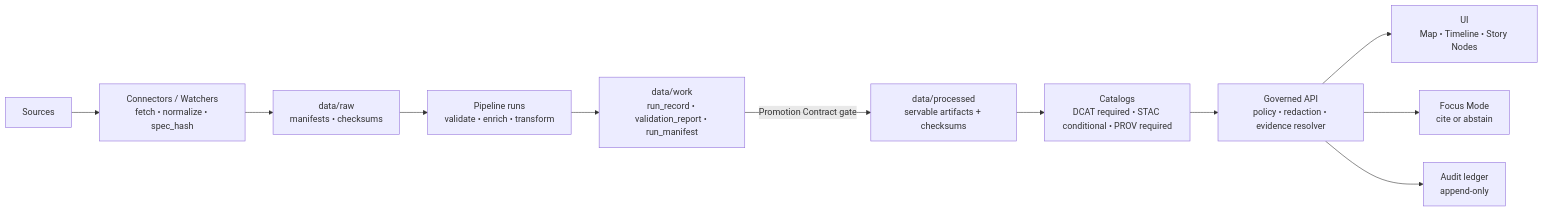
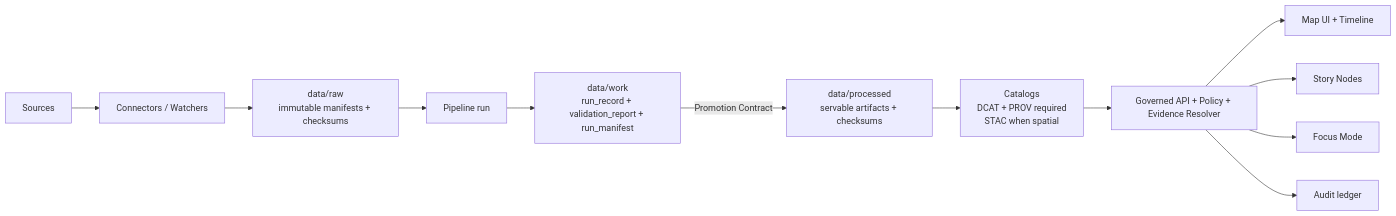
The first of 2 diagrams in README.md (bartytime4life/Kansas-Frontier-Matrix), drawn with Mermaid before and after one commit. The commit also changed other lines of this file, not shown here.

````diff
--- a/README.md
+++ b/README.md
@@ -337,13 +225,14 @@
 ```mermaid
 flowchart LR
-  S[Sources] --> C[Connectors / Watchers<br/>fetch • normalize • spec_hash]
-  C --> RAW[data/raw<br/>manifests • checksums]
-  RAW --> RUN[Pipeline runs<br/>validate • enrich • transform]
-  RUN --> WORK[data/work<br/>run_record • validation_report • run_manifest]
-  WORK -->|Promotion Contract gate| PROC[data/processed<br/>servable artifacts + checksums]
-  PROC --> CAT[Catalogs<br/>DCAT required • STAC conditional • PROV required]
-  CAT --> API[Governed API<br/>policy • redaction • evidence resolver]
-  API --> UI[UI<br/>Map • Timeline • Story Nodes]
-  API --> FM[Focus Mode<br/>cite or abstain]
-  API --> AUD[Audit ledger<br/>append-only]
+  S[Sources] --> C[Connectors / Watchers]
+  C --> RAW[data/raw<br/>immutable manifests + checksums]
+  RAW --> RUN[Pipeline run]
+  RUN --> WORK[data/work<br/>run_record + validation_report + run_manifest]
+  WORK -->|Promotion Contract| PROC[data/processed<br/>servable artifacts + checksums]
+  PROC --> CAT[Catalogs<br/>DCAT + PROV required<br/>STAC when spatial]
+  CAT --> API[Governed API + Policy + Evidence Resolver]
+  API --> UI[Map UI + Timeline]
+  API --> STORY[Story Nodes]
+  API --> FM[Focus Mode]
+  API --> AUD[Audit ledger]
 ```
````
